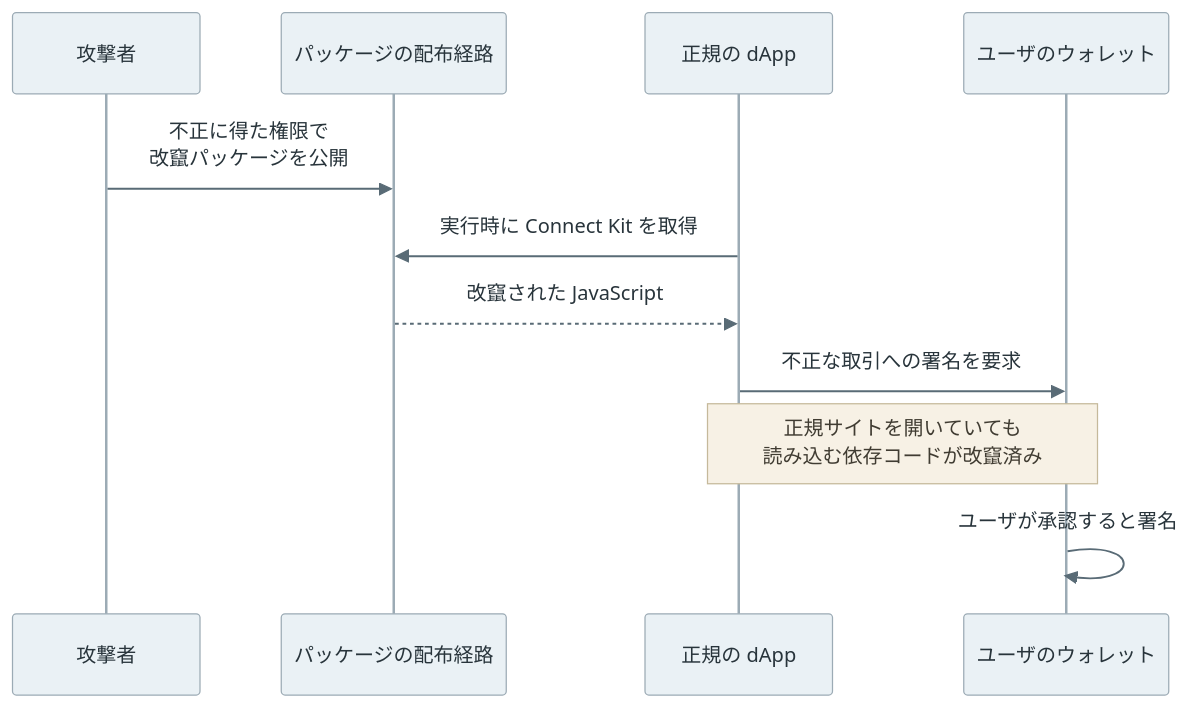
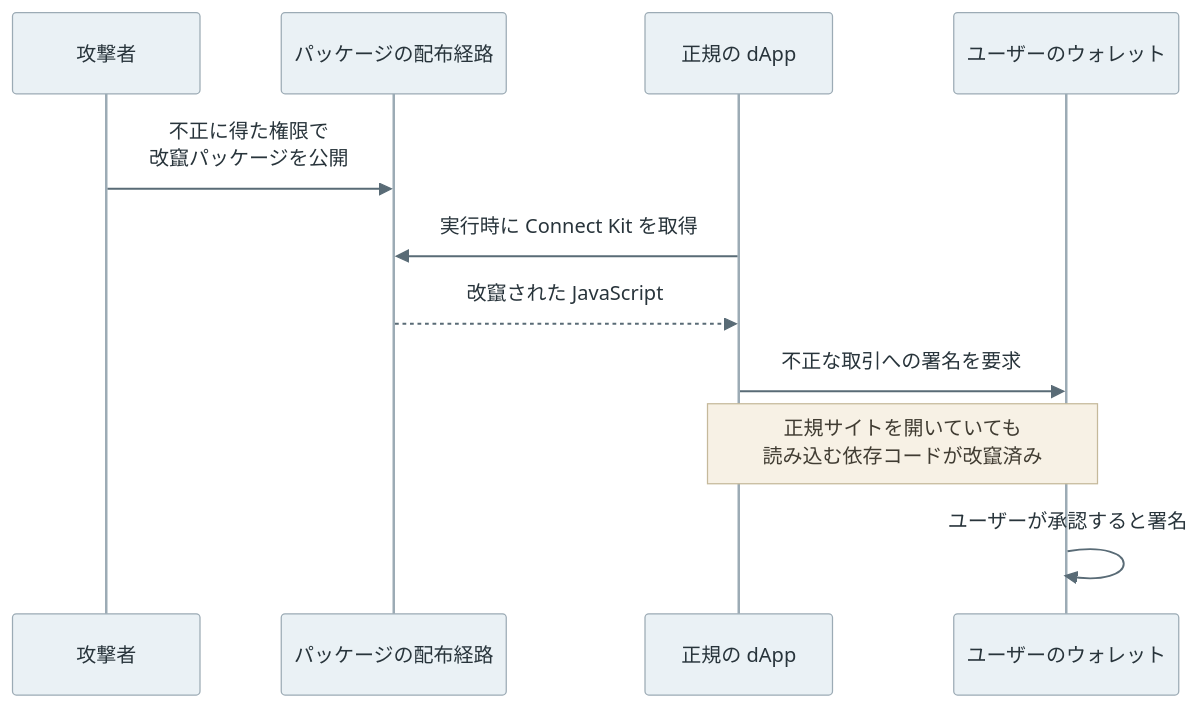
Before and after one commit to nao1215/debimate: diagram 12 of 14 in content/notes/blockchain-systems/wallet/index.md, drawn with Mermaid. The commit also changed other lines of this file and 27 other files, not shown here.

````diff
--- a/content/notes/blockchain-systems/wallet/index.md
+++ b/content/notes/blockchain-systems/wallet/index.md
@@ -603,14 +603,14 @@
 ```mermaid
 %%{init: {"theme":"base","themeVariables":{"primaryColor":"#eaf1f5","primaryTextColor":"#28343b","primaryBorderColor":"#9cabb5","lineColor":"#596b76","textColor":"#28343b","actorBkg":"#eaf1f5","actorBorder":"#9cabb5","actorTextColor":"#28343b","actorLineColor":"#9cabb5","signalColor":"#596b76","signalTextColor":"#28343b","noteBkgColor":"#f7f1e5","noteBorderColor":"#c5b99b","noteTextColor":"#403c32","activationBkgColor":"#edf3ef","activationBorderColor":"#9aafa1"}}}%%
 sequenceDiagram
     participant A as 攻撃者
     participant P as パッケージの配布経路
     participant D as 正規の dApp
-    participant W as ユーザのウォレット
+    participant W as ユーザーのウォレット
     A->>P: 不正に得た権限で<br/>改竄パッケージを公開
     D->>P: 実行時に Connect Kit を取得
     P-->>D: 改竄された JavaScript
     D->>W: 不正な取引への署名を要求
     Note over D,W: 正規サイトを開いていても<br/>読み込む依存コードが改竄済み
-    W->>W: ユーザが承認すると署名
+    W->>W: ユーザーが承認すると署名
 ```
````
